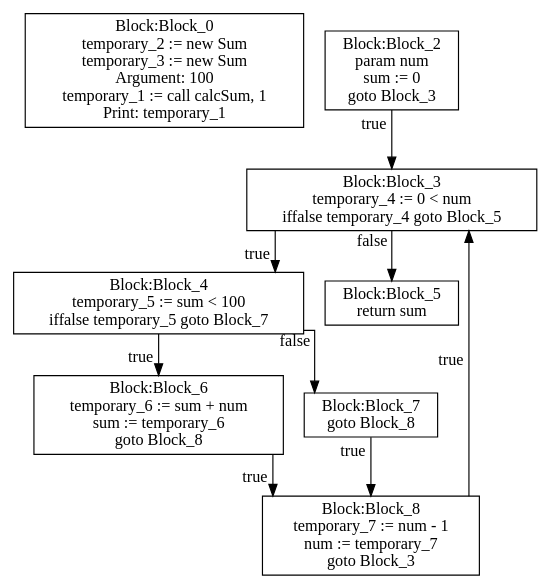
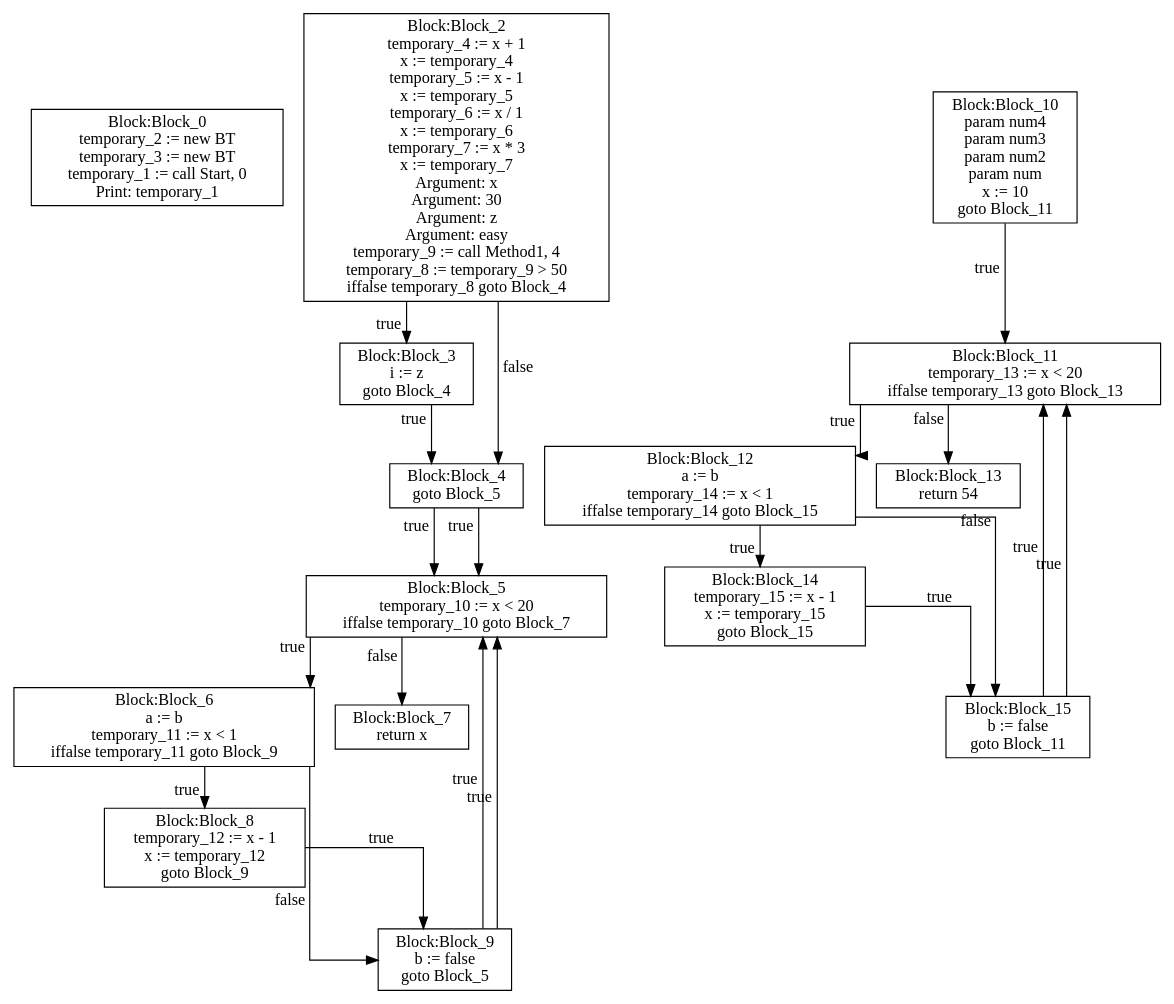
The diagram in lab3/CFG-tree.dot (moondog-matthew/compiler-dv1655), drawn with Graphviz before and after one commit. The commit also changed 5 other files, not shown here.

```diff
--- a/lab3/CFG-tree.dot
+++ b/lab3/CFG-tree.dot
@@ -1,40 +1,97 @@
 digraph {
 graph [ splines = ortho ]
 	node [ shape = box ];
 Block_0 [label="Block:Block_0
-temporary_2 := new Sum
-temporary_3 := new Sum
-Argument: 100
-temporary_1 := call calcSum, 1
+temporary_2 := new BT
+temporary_3 := new BT
+temporary_1 := call Start, 0
 Print: temporary_1"];
 Block_2 [label="Block:Block_2
-param num
-sum := 0
-goto Block_3"];
+temporary_4 := x + 1
+x := temporary_4
+temporary_5 := x - 1
+x := temporary_5
+temporary_6 := x / 1
+x := temporary_6
+temporary_7 := x * 3
+x := temporary_7
+Argument: x
+Argument: 30
+Argument: z
+Argument: easy
+temporary_9 := call Method1, 4
+temporary_8 := temporary_9 > 50
+iffalse temporary_8 goto Block_4"];
 Block_2 -> Block_3 [xlabel = "true"]
 Block_3 [label="Block:Block_3
-temporary_4 := 0 < num
-iffalse temporary_4 goto Block_5"];
+i := z
+goto Block_4"];
 Block_3 -> Block_4 [xlabel = "true"]
 Block_4 [label="Block:Block_4
-temporary_5 := sum < 100
-iffalse temporary_5 goto Block_7"];
-Block_4 -> Block_6 [xlabel = "true"]
+goto Block_5"];
+Block_4 -> Block_5 [xlabel = "true"]
+Block_5 [label="Block:Block_5
+temporary_10 := x < 20
+iffalse temporary_10 goto Block_7"];
+Block_5 -> Block_6 [xlabel = "true"]
 Block_6 [label="Block:Block_6
-temporary_6 := sum + num
-sum := temporary_6
-goto Block_8"];
+a := b
+temporary_11 := x < 1
+iffalse temporary_11 goto Block_9"];
 Block_6 -> Block_8 [xlabel = "true"]
 Block_8 [label="Block:Block_8
-temporary_7 := num - 1
-num := temporary_7
-goto Block_3"];
-Block_8 -> Block_3 [xlabel = "true"]
-Block_4 -> Block_7 [xlabel = "false"]
+temporary_12 := x - 1
+x := temporary_12
+goto Block_9"];
+Block_8 -> Block_9 [xlabel = "true"]
+Block_9 [label="Block:Block_9
+b := false
+goto Block_5"];
+Block_9 -> Block_5 [xlabel = "true"]
+Block_6 -> Block_9 [xlabel = "false"]
+Block_9 [label="Block:Block_9
+b := false
+goto Block_5"];
+Block_9 -> Block_5 [xlabel = "true"]
+Block_5 -> Block_7 [xlabel = "false"]
 Block_7 [label="Block:Block_7
-goto Block_8"];
-Block_7 -> Block_8 [xlabel = "true"]
-Block_3 -> Block_5 [xlabel = "false"]
-Block_5 [label="Block:Block_5
-return sum"];
+return x"];
+Block_2 -> Block_4 [xlabel = "false"]
+Block_4 [label="Block:Block_4
+goto Block_5"];
+Block_4 -> Block_5 [xlabel = "true"]
+Block_10 [label="Block:Block_10
+param num4
+param num3
+param num2
+param num
+x := 10
+goto Block_11"];
+Block_10 -> Block_11 [xlabel = "true"]
+Block_11 [label="Block:Block_11
+temporary_13 := x < 20
+iffalse temporary_13 goto Block_13"];
+Block_11 -> Block_12 [xlabel = "true"]
+Block_12 [label="Block:Block_12
+a := b
+temporary_14 := x < 1
+iffalse temporary_14 goto Block_15"];
+Block_12 -> Block_14 [xlabel = "true"]
+Block_14 [label="Block:Block_14
+temporary_15 := x - 1
+x := temporary_15
+goto Block_15"];
+Block_14 -> Block_15 [xlabel = "true"]
+Block_15 [label="Block:Block_15
+b := false
+goto Block_11"];
+Block_15 -> Block_11 [xlabel = "true"]
+Block_12 -> Block_15 [xlabel = "false"]
+Block_15 [label="Block:Block_15
+b := false
+goto Block_11"];
+Block_15 -> Block_11 [xlabel = "true"]
+Block_11 -> Block_13 [xlabel = "false"]
+Block_13 [label="Block:Block_13
+return 54"];
 }
```
